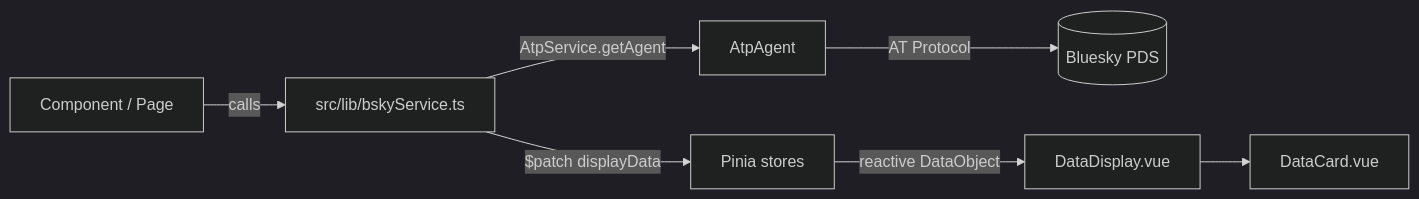
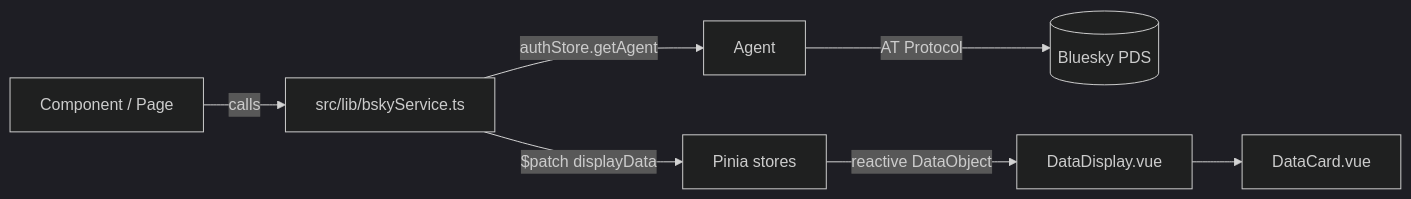
One commit to samuellealb/bluelist changed the first of 2 diagrams in docs/ARCHITECTURE.md. Above: the diagram before and after it, drawn with Mermaid (dark theme). The commit also changed other lines of this file and 17 other files, not shown here.

````diff
--- a/docs/ARCHITECTURE.md
+++ b/docs/ARCHITECTURE.md
@@ -48,9 +48,9 @@
 ```mermaid
 flowchart LR
     C[Component / Page] -->|calls| S[src/lib/bskyService.ts]
-    S -->|AtpService.getAgent| A[AtpAgent]
+    S -->|authStore.getAgent| A[Agent]
     A -->|AT Protocol| BSKY[(Bluesky PDS)]
     S -->|$patch displayData| ST[Pinia stores]
     ST -->|reactive DataObject| DD[DataDisplay.vue]
     DD --> DC[DataCard.vue]
 ```
````
